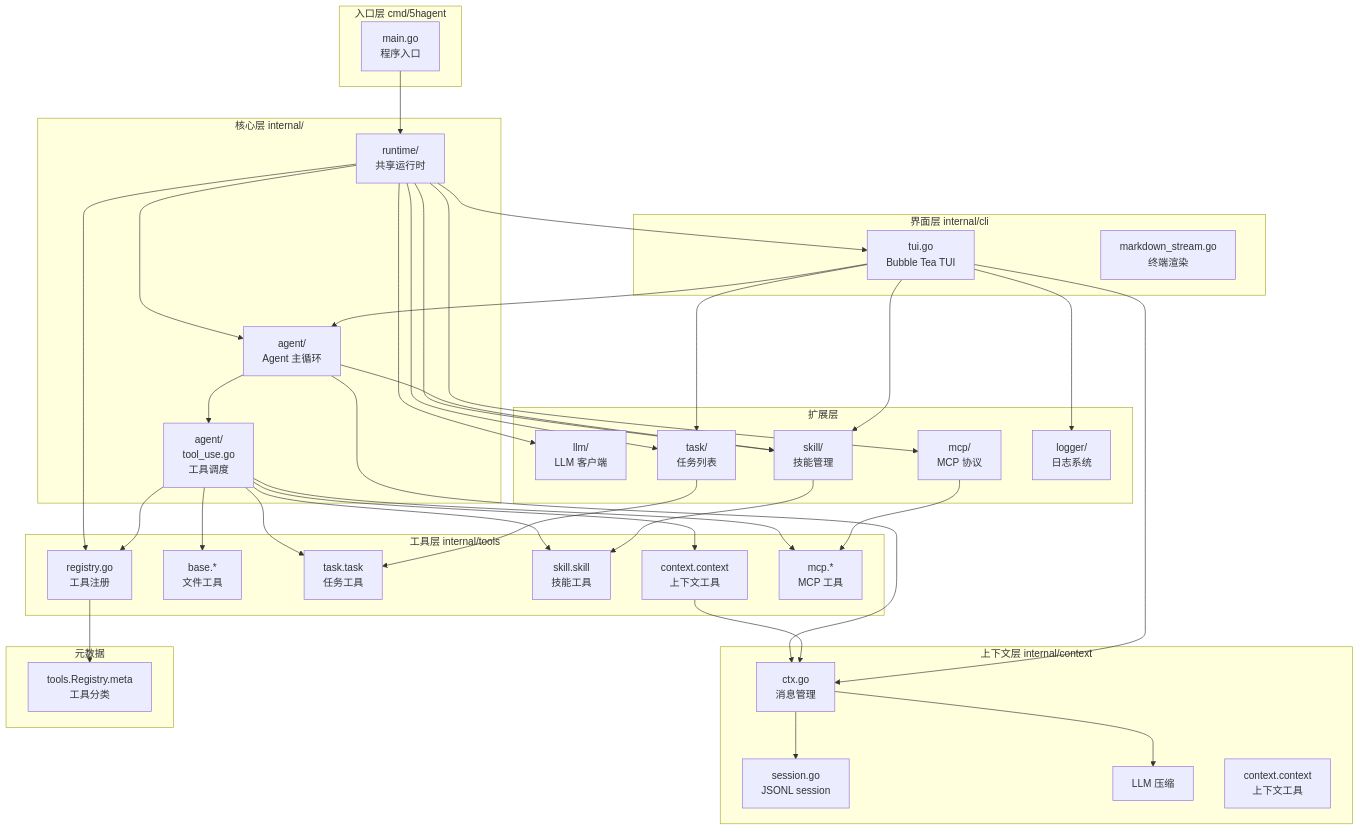
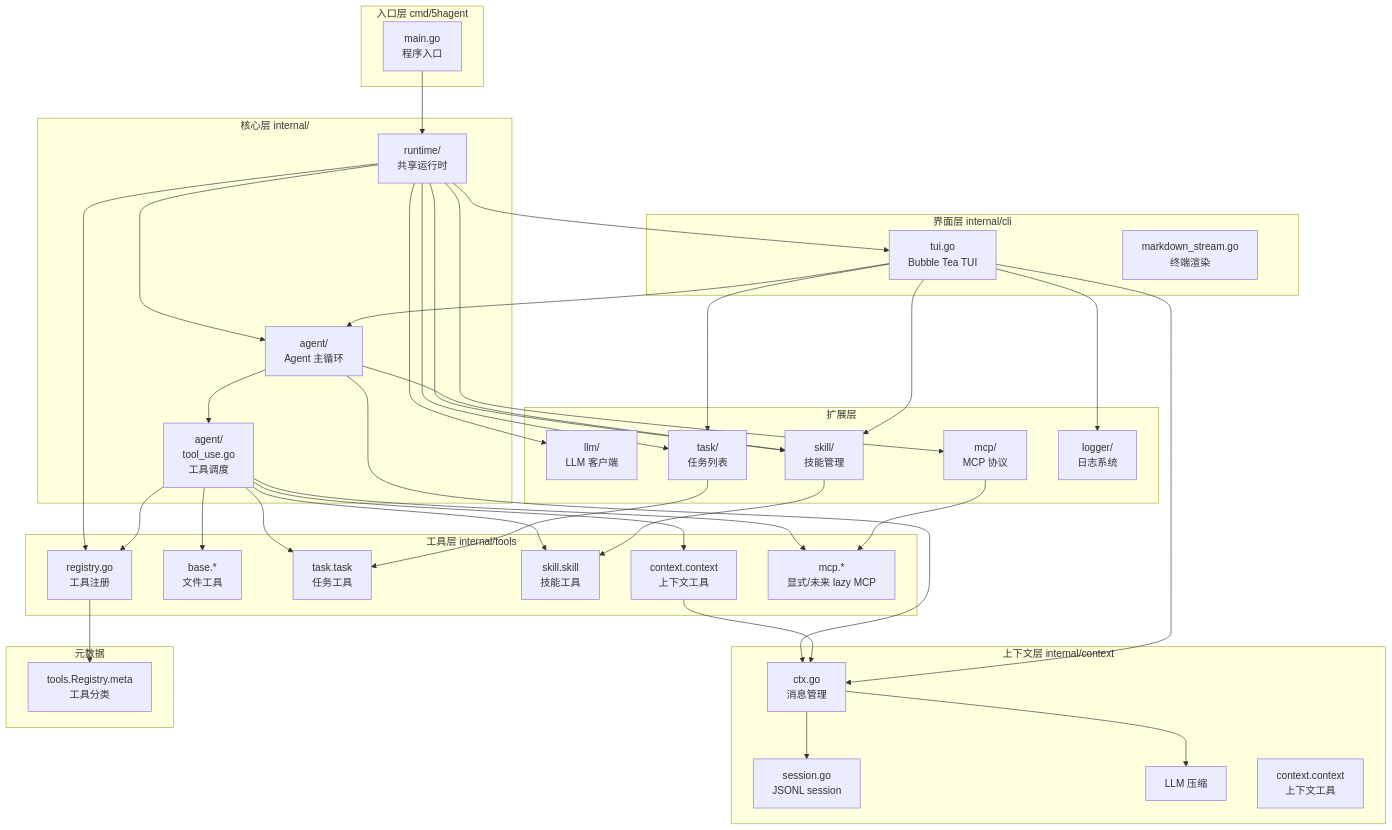
Before and after one commit to Ozqi/5hAgent: the first of 3 diagrams in doc/0README.md, drawn with Mermaid. The commit also changed other lines of this file and 31 other files, not shown here.

````diff
--- a/doc/0README.md
+++ b/doc/0README.md
@@ -15,80 +15,80 @@
 ```mermaid
 flowchart TB
     subgraph Entry["入口层 cmd/5hagent"]
         main["main.go<br/>程序入口"]
     end
 
     subgraph Core["核心层 internal/"]
         runtime["runtime/<br/>共享运行时"]
         agent["agent/<br/>Agent 主循环"]
         tooluse["agent/<br/>tool_use.go<br/>工具调度"]
     end
 
     subgraph Context["上下文层 internal/context"]
         ctx["ctx.go<br/>消息管理"]
         session["session.go<br/>JSONL session"]
         compress["LLM 压缩"]
         ctxtool["context.context<br/>上下文工具"]
     end
 
     subgraph Tools["工具层 internal/tools"]
         registry["registry.go<br/>工具注册"]
         base["base.*<br/>文件工具"]
         task["task.task<br/>任务工具"]
         skill["skill.skill<br/>技能工具"]
         context_tool["context.context<br/>上下文工具"]
-        mcp["mcp.*<br/>MCP 工具"]
+        mcp["mcp.*<br/>显式/未来 lazy MCP"]
     end
 
     subgraph UI["界面层 internal/cli"]
         tui["tui.go<br/>Bubble Tea TUI"]
         markdown["markdown_stream.go<br/>终端渲染"]
     end
 
     subgraph Meta["元数据"]
         tm["tools.Registry.meta<br/>工具分类"]
     end
 
     subgraph Ext["扩展层"]
         llm["llm/<br/>LLM 客户端"]
         skill_mgr["skill/<br/>技能管理"]
         task_mgr["task/<br/>任务列表"]
         mcp_client["mcp/<br/>MCP 协议"]
         logger["logger/<br/>日志系统"]
     end
 
     main --> runtime
     runtime --> agent
     runtime --> registry
     runtime --> llm
     runtime --> task_mgr
     runtime --> skill_mgr
     runtime --> mcp_client
     runtime --> tui
 
     agent --> ctx
     agent --> tooluse
     agent --> skill_mgr
 
     tooluse --> registry
     tooluse --> base
     tooluse --> task
     tooluse --> skill
     tooluse --> context_tool
     tooluse --> mcp
 
     registry --> tm
 
     ctx --> compress
     ctx --> session
     context_tool --> ctx
     task_mgr --> task
     skill_mgr --> skill
     mcp_client --> mcp
 
     tui --> agent
     tui --> ctx
     tui --> task_mgr
     tui --> skill_mgr
     tui --> logger
 ```
````
